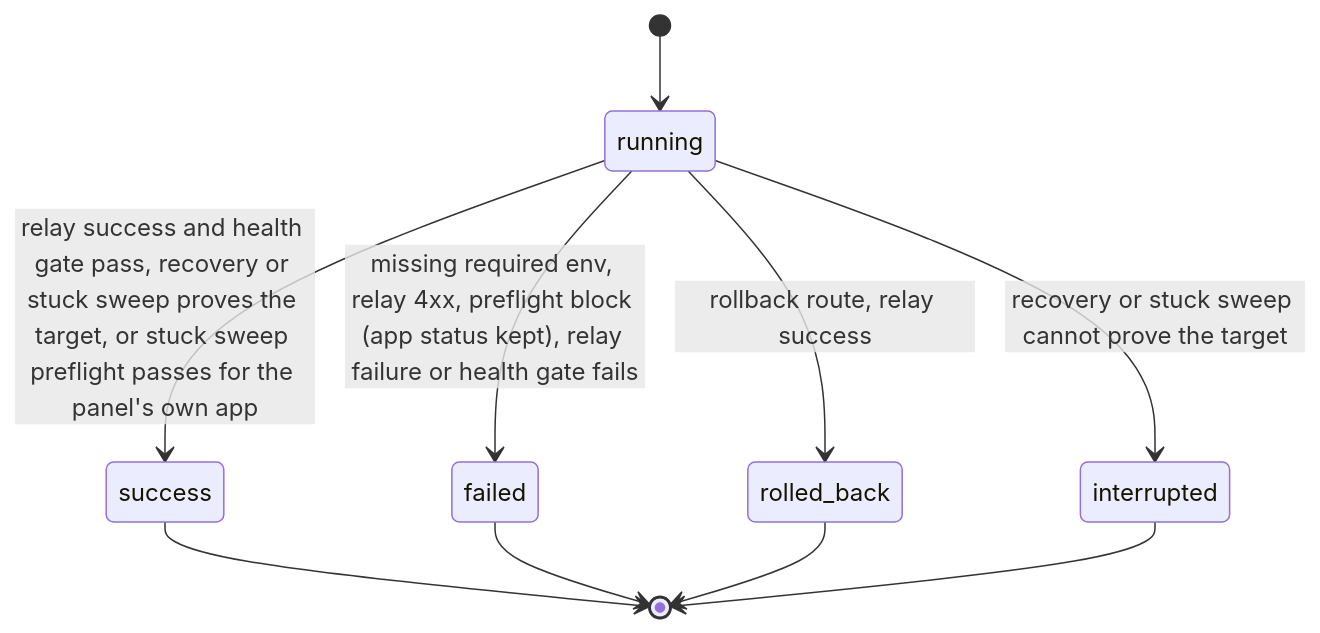
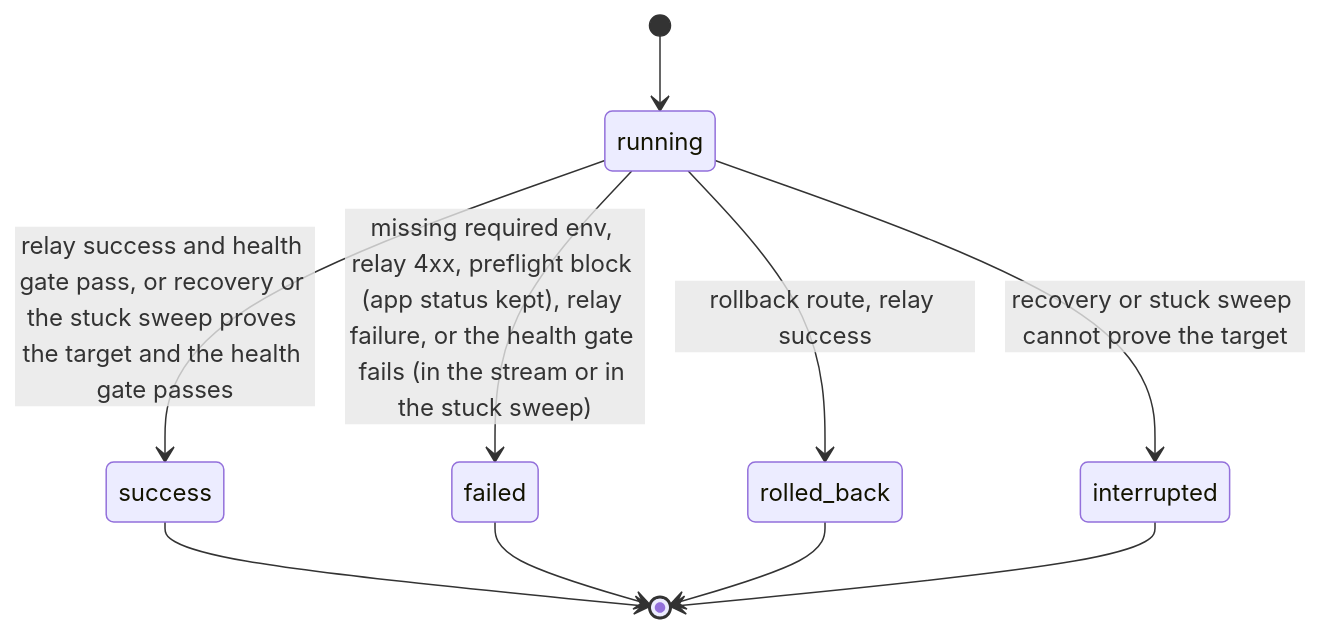
Before and after one commit to LanNguyenSi/deploy-panel: the second of 2 diagrams in docs/architecture.md, drawn with Mermaid. The commit also changed 5 other files, not shown here.

First line of the commit message:
fix(sweep): run the post-deploy health gate before recording a swept deploy success

````diff
--- a/docs/architecture.md
+++ b/docs/architecture.md
@@ -97,12 +97,12 @@
 ```mermaid
 stateDiagram-v2
   [*] --> running
-  running --> failed: missing required env, relay 4xx, preflight block (app status kept), relay failure or health gate fails
-  running --> success: relay success and health gate pass, recovery or stuck sweep proves the target, or stuck sweep preflight passes for the panel's own app
+  running --> failed: missing required env, relay 4xx, preflight block (app status kept), relay failure, or the health gate fails (in the stream or in the stuck sweep)
+  running --> success: relay success and health gate pass, or recovery or the stuck sweep proves the target and the health gate passes
   running --> rolled_back: rollback route, relay success
   running --> interrupted: recovery or stuck sweep cannot prove the target
   success --> [*]
   failed --> [*]
   rolled_back --> [*]
   interrupted --> [*]
 ```
````
